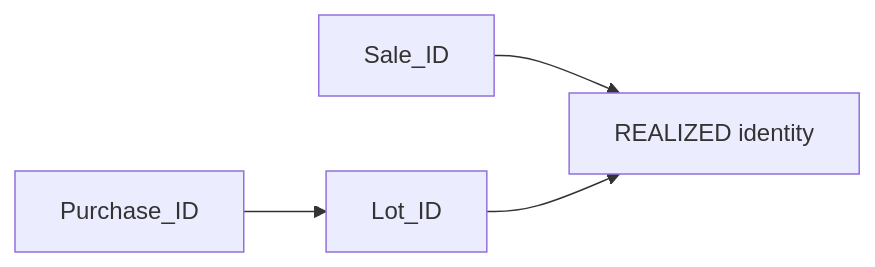
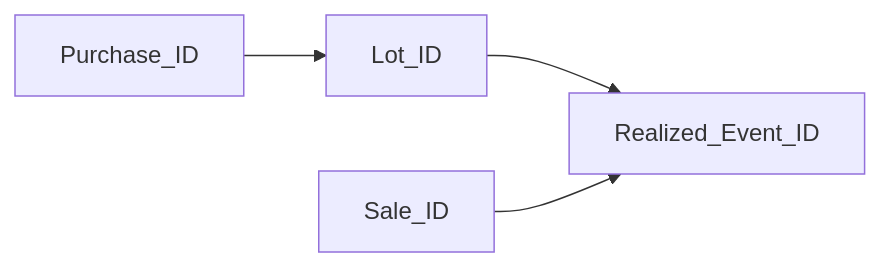
Before and after one commit to tks18/personal-finance-etl: the third of 5 diagrams in docs/finance/investment-data-model.md, drawn with Mermaid. The commit also changed other lines of this file and 11 other files, not shown here.

````diff
--- a/docs/finance/investment-data-model.md
+++ b/docs/finance/investment-data-model.md
@@ -254,6 +172,5 @@
 ```mermaid
 flowchart LR
-    P[Purchase_ID] --> L[Lot_ID]
-    S[Sale_ID] --> R[REALIZED identity]
-    L --> R
+    P["Purchase_ID"] --> L["Lot_ID"] --> R["Realized_Event_ID"]
+    S["Sale_ID"] --> R
 ```
````
